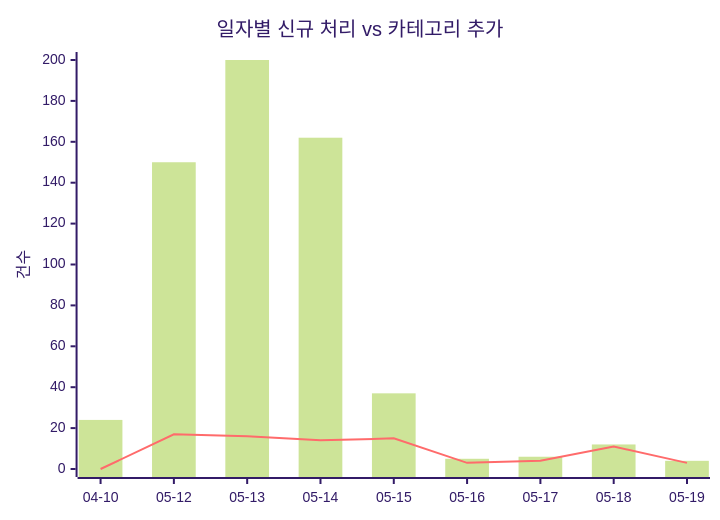
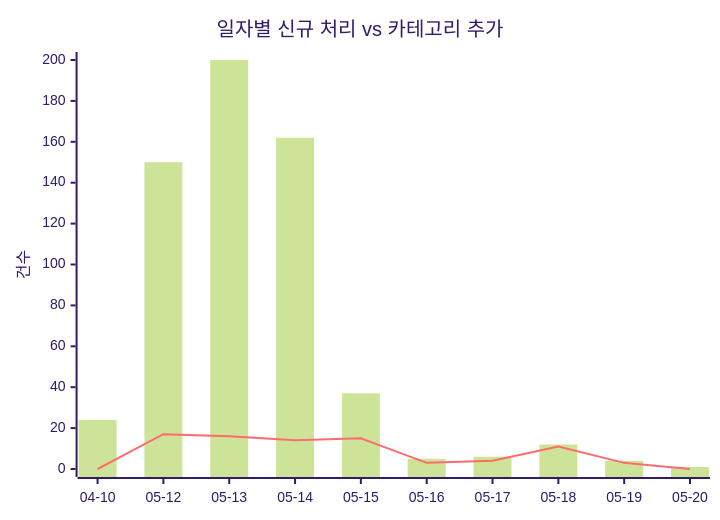
One commit to J-nowcow/awesome-korean-agent-skills changed the first of 2 diagrams in docs/trends.md. Above: the diagram before and after it, drawn with Mermaid (forest theme). The commit also changed other lines of this file and 2 other files, not shown here.

````diff
--- a/docs/trends.md
+++ b/docs/trends.md
@@ -32,8 +32,8 @@
 ```mermaid
 xychart-beta
     title "일자별 신규 처리 vs 카테고리 추가"
-    x-axis ["04-10","05-12","05-13","05-14","05-15","05-16","05-17","05-18","05-19"]
+    x-axis ["04-10","05-12","05-13","05-14","05-15","05-16","05-17","05-18","05-19","05-20"]
     y-axis "건수"
-    bar [24,150,200,162,37,5,6,12,4]
-    line [0,17,16,14,15,3,4,11,3]
+    bar [24,150,200,162,37,5,6,12,4,1]
+    line [0,17,16,14,15,3,4,11,3,0]
 ```
````
